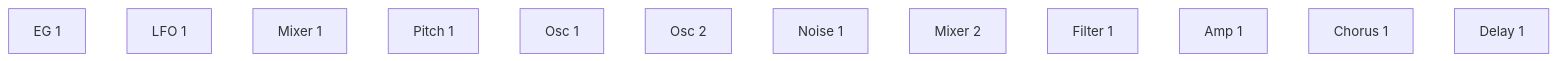
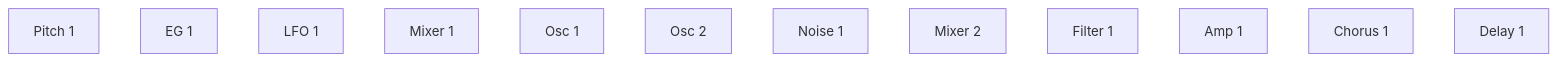
The second of 6 diagrams in spms1_type2/README.ja.md (risgk/midi_synthesizer_spms1), drawn with Mermaid before and after one commit. The commit also changed other lines of this file and 7 other files, not shown here.

````diff
--- a/spms1_type2/README.ja.md
+++ b/spms1_type2/README.ja.md
@@ -239,4 +240,4 @@
 ```mermaid
 flowchart LR
-  EG[EG 1] ~~~ LFO[LFO 1] ~~~ MIX1[Mixer 1] ~~~ PITCH[Pitch 1] ~~~ OSC[Osc 1] ~~~ OSC2[Osc 2] ~~~ NOISE[Noise 1] ~~~ MIX2[Mixer 2] ~~~ FILTER[Filter 1] ~~~ AMP[Amp 1] ~~~ CHORUS[Chorus 1] ~~~ DELAY[Delay 1]
+  PITCH[Pitch 1] ~~~ EG[EG 1] ~~~ LFO[LFO 1] ~~~ MIX1[Mixer 1] ~~~ OSC[Osc 1] ~~~ OSC2[Osc 2] ~~~ NOISE[Noise 1] ~~~ MIX2[Mixer 2] ~~~ FILTER[Filter 1] ~~~ AMP[Amp 1] ~~~ CHORUS[Chorus 1] ~~~ DELAY[Delay 1]
 ```
````
